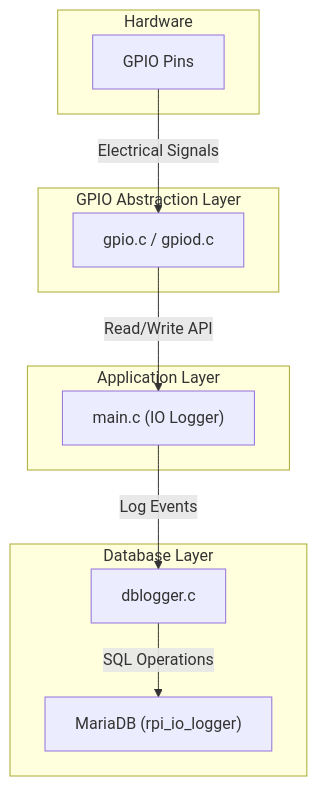
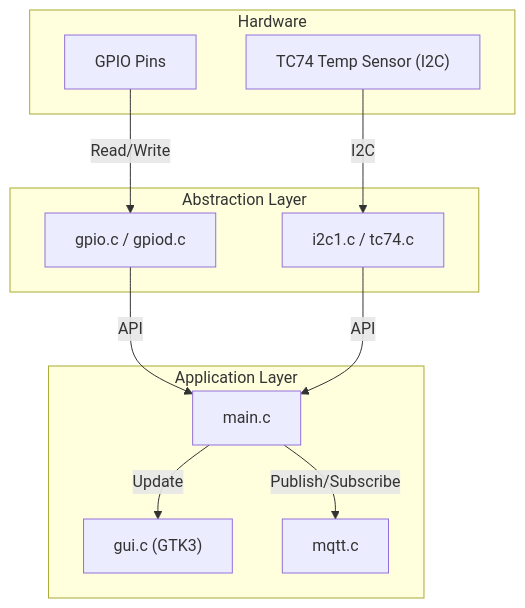
One commit to michielkerremans/rpi-temp-sensor changed the diagram in README.md. Above: the diagram before and after it, drawn with Mermaid. The commit also changed other lines of this file and 2 other files, not shown here.

````diff
--- a/README.md
+++ b/README.md
@@ -22,29 +34,22 @@
 ```mermaid
 graph TD
-    %% Hardware Layer
     subgraph Hardware
         GPIOs["GPIO Pins"]
+        TC74["TC74 Temp Sensor (I2C)"]
     end
-
-    %% GPIO Abstraction Layer
-    subgraph "GPIO Abstraction Layer"
+    subgraph "Abstraction Layer"
         GPIO_LIB["gpio.c / gpiod.c"]
+        I2C_LIB["i2c1.c / tc74.c"]
     end
-
-    %% Application Layer
     subgraph "Application Layer"
-        MAIN["main.c (IO Logger)"]
+        MAIN["main.c"]
+        GUI["gui.c (GTK3)"]
+        MQTT["mqtt.c"]
     end
-
-    %% Database Layer
-    subgraph "Database Layer"
-        DBLOGGER["dblogger.c"]
-        DB["MariaDB (rpi_io_logger)"]
-    end
-
-    %% Data Flow
-    GPIOs -- "Electrical Signals" --> GPIO_LIB
-    GPIO_LIB -- "Read/Write API" --> MAIN
-    MAIN -- "Log Events" --> DBLOGGER
-    DBLOGGER -- "SQL Operations" --> DB
+    GPIOs -- "Read/Write" --> GPIO_LIB
+    TC74 -- "I2C" --> I2C_LIB
+    GPIO_LIB -- "API" --> MAIN
+    I2C_LIB -- "API" --> MAIN
+    MAIN -- "Update" --> GUI
+    MAIN -- "Publish/Subscribe" --> MQTT
 ```
````
